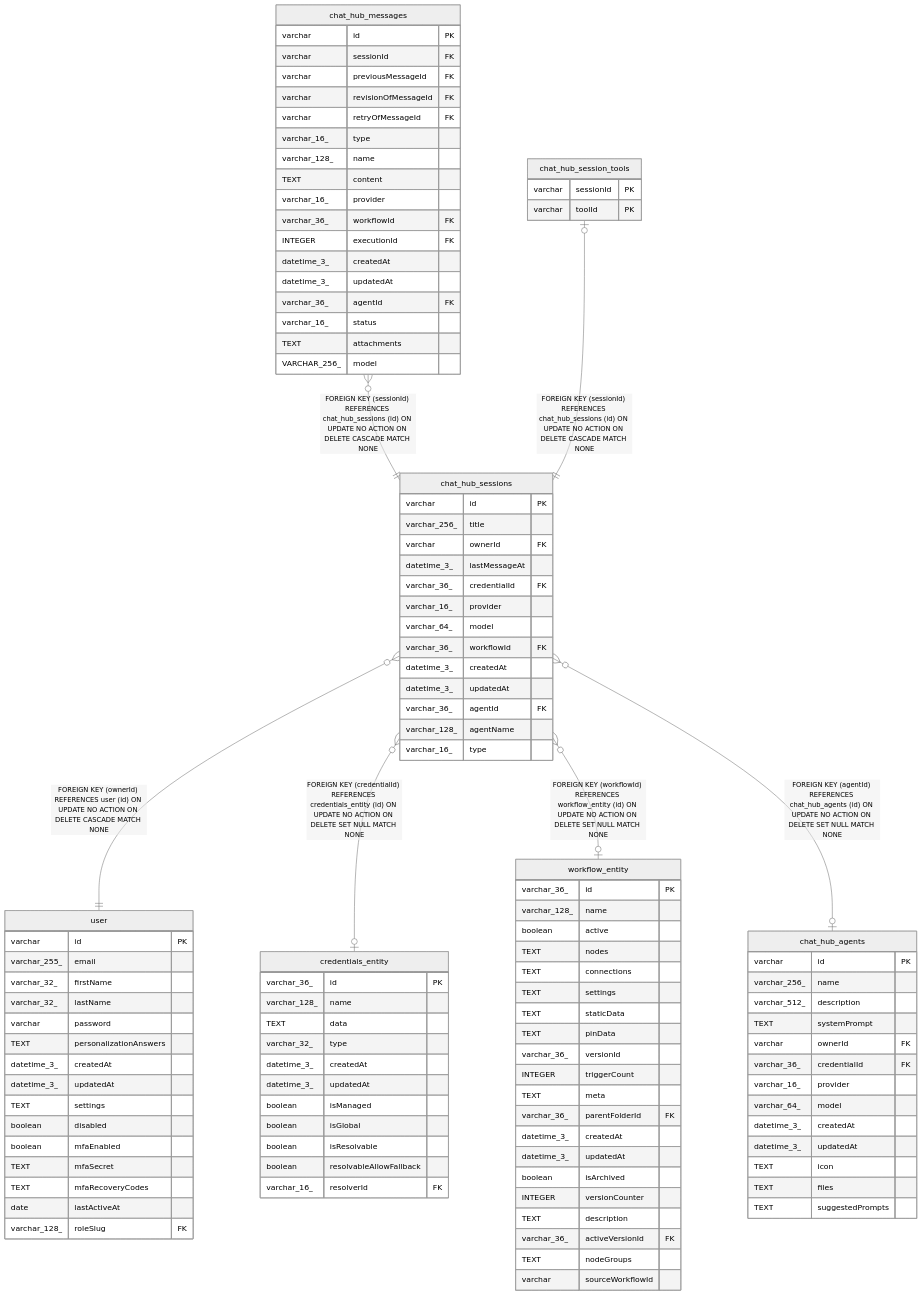
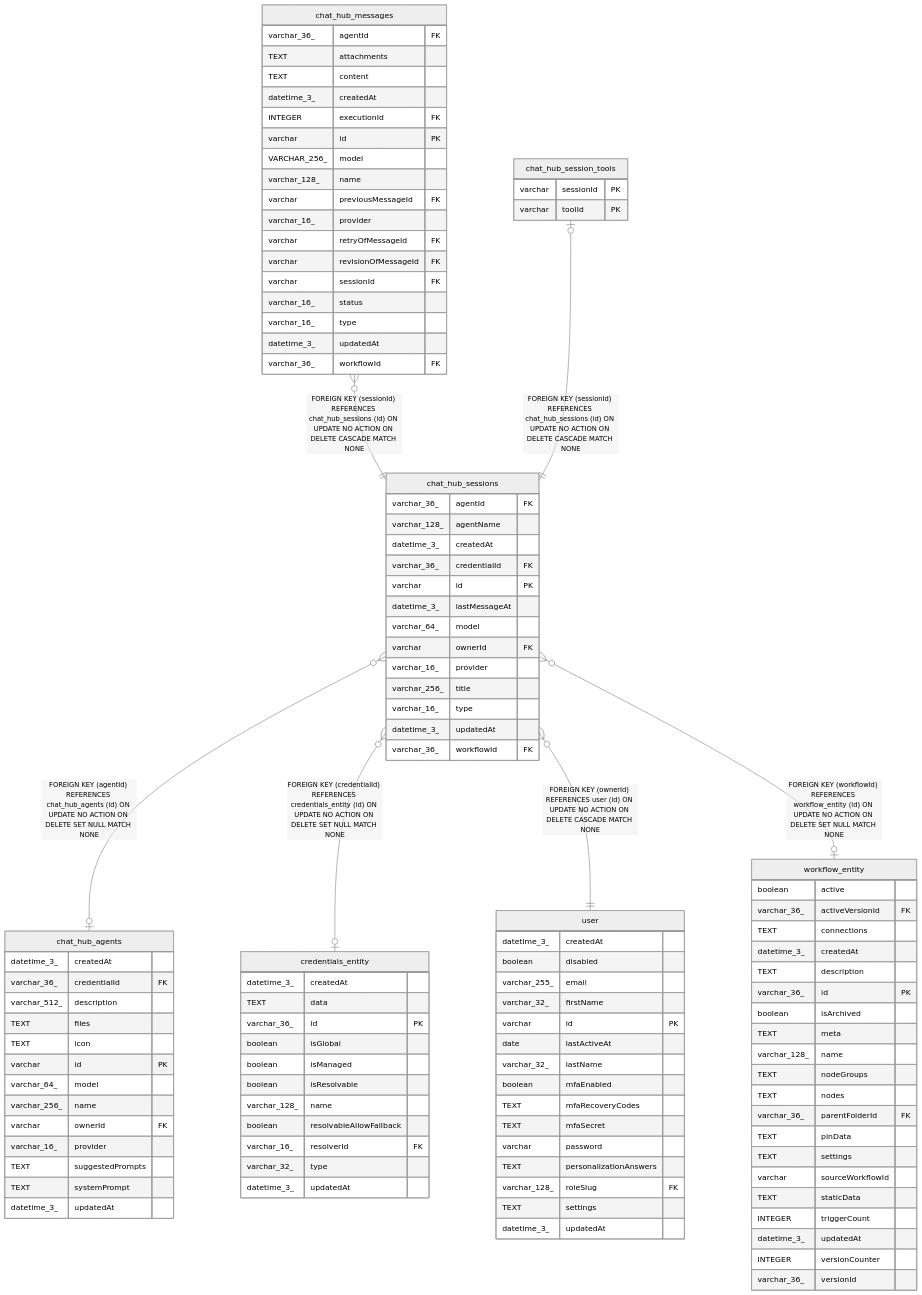
One commit to mayankjain1815-commits/n8n changed the diagram in docs/generated/sqlite-schema/chat_hub_sessions.md. Above: the diagram before and after it, drawn with Mermaid (neutral theme). The commit also changed other lines of this file and 221 other files, not shown here.

Commit message:
chore(core): Make DB schema docs generation deterministic (#32373)

````diff
--- a/docs/generated/sqlite-schema/chat_hub_sessions.md
+++ b/docs/generated/sqlite-schema/chat_hub_sessions.md
@@ -52,116 +52,116 @@
 ```mermaid
 erDiagram
 
+"chat_hub_sessions" }o--o| "chat_hub_agents" : "FOREIGN KEY (agentId) REFERENCES chat_hub_agents (id) ON UPDATE NO ACTION ON DELETE SET NULL MATCH NONE"
+"chat_hub_sessions" }o--o| "credentials_entity" : "FOREIGN KEY (credentialId) REFERENCES credentials_entity (id) ON UPDATE NO ACTION ON DELETE SET NULL MATCH NONE"
 "chat_hub_messages" }o--|| "chat_hub_sessions" : "FOREIGN KEY (sessionId) REFERENCES chat_hub_sessions (id) ON UPDATE NO ACTION ON DELETE CASCADE MATCH NONE"
 "chat_hub_session_tools" |o--|| "chat_hub_sessions" : "FOREIGN KEY (sessionId) REFERENCES chat_hub_sessions (id) ON UPDATE NO ACTION ON DELETE CASCADE MATCH NONE"
 "chat_hub_sessions" }o--|| "user" : "FOREIGN KEY (ownerId) REFERENCES user (id) ON UPDATE NO ACTION ON DELETE CASCADE MATCH NONE"
-"chat_hub_sessions" }o--o| "credentials_entity" : "FOREIGN KEY (credentialId) REFERENCES credentials_entity (id) ON UPDATE NO ACTION ON DELETE SET NULL MATCH NONE"
 "chat_hub_sessions" }o--o| "workflow_entity" : "FOREIGN KEY (workflowId) REFERENCES workflow_entity (id) ON UPDATE NO ACTION ON DELETE SET NULL MATCH NONE"
-"chat_hub_sessions" }o--o| "chat_hub_agents" : "FOREIGN KEY (agentId) REFERENCES chat_hub_agents (id) ON UPDATE NO ACTION ON DELETE SET NULL MATCH NONE"
 
 "chat_hub_sessions" {
-  varchar id PK
-  varchar_256_ title
-  varchar ownerId FK
-  datetime_3_ lastMessageAt
-  varchar_36_ credentialId FK
-  varchar_16_ provider
-  varchar_64_ model
-  varchar_36_ workflowId FK
-  datetime_3_ createdAt
-  datetime_3_ updatedAt
   varchar_36_ agentId FK
   varchar_128_ agentName
+  datetime_3_ createdAt
+  varchar_36_ credentialId FK
+  varchar id PK
+  datetime_3_ lastMessageAt
+  varchar_64_ model
+  varchar ownerId FK
+  varchar_16_ provider
+  varchar_256_ title
   varchar_16_ type
+  datetime_3_ updatedAt
+  varchar_36_ workflowId FK
+}
+"chat_hub_agents" {
+  datetime_3_ createdAt
+  varchar_36_ credentialId FK
+  varchar_512_ description
+  TEXT files
+  TEXT icon
+  varchar id PK
+  varchar_64_ model
+  varchar_256_ name
+  varchar ownerId FK
+  varchar_16_ provider
+  TEXT suggestedPrompts
+  TEXT systemPrompt
+  datetime_3_ updatedAt
+}
+"credentials_entity" {
+  datetime_3_ createdAt
+  TEXT data
+  varchar_36_ id PK
+  boolean isGlobal
+  boolean isManaged
+  boolean isResolvable
+  varchar_128_ name
+  boolean resolvableAllowFallback
+  varchar_16_ resolverId FK
+  varchar_32_ type
+  datetime_3_ updatedAt
 }
 "chat_hub_messages" {
+  varchar_36_ agentId FK
+  TEXT attachments
+  TEXT content
+  datetime_3_ createdAt
+  INTEGER executionId FK
   varchar id PK
+  VARCHAR_256_ model
+  varchar_128_ name
+  varchar previousMessageId FK
+  varchar_16_ provider
+  varchar retryOfMessageId FK
+  varchar revisionOfMessageId FK
   varchar sessionId FK
-  varchar previousMessageId FK
-  varchar revisionOfMessageId FK
-  varchar retryOfMessageId FK
+  varchar_16_ status
   varchar_16_ type
-  varchar_128_ name
-  TEXT content
-  varchar_16_ provider
+  datetime_3_ updatedAt
   varchar_36_ workflowId FK
-  INTEGER executionId FK
-  datetime_3_ createdAt
-  datetime_3_ updatedAt
-  varchar_36_ agentId FK
-  varchar_16_ status
-  TEXT attachments
-  VARCHAR_256_ model
 }
 "chat_hub_session_tools" {
   varchar sessionId PK
   varchar toolId PK
 }
 "user" {
-  varchar id PK
+  datetime_3_ createdAt
+  boolean disabled
   varchar_255_ email
   varchar_32_ firstName
+  varchar id PK
+  date lastActiveAt
   varchar_32_ lastName
+  boolean mfaEnabled
+  TEXT mfaRecoveryCodes
+  TEXT mfaSecret
   varchar password
   TEXT personalizationAnswers
-  datetime_3_ createdAt
+  varchar_128_ roleSlug FK
+  TEXT settings
   datetime_3_ updatedAt
-  TEXT settings
-  boolean disabled
-  boolean mfaEnabled
-  TEXT mfaSecret
-  TEXT mfaRecoveryCodes
-  date lastActiveAt
-  varchar_128_ roleSlug FK
-}
-"credentials_entity" {
-  varchar_36_ id PK
-  varchar_128_ name
-  TEXT data
-  varchar_32_ type
-  datetime_3_ createdAt
-  datetime_3_ updatedAt
-  boolean isManaged
-  boolean isGlobal
-  boolean isResolvable
-  boolean resolvableAllowFallback
-  varchar_16_ resolverId FK
 }
 "workflow_entity" {
+  boolean active
+  varchar_36_ activeVersionId FK
+  TEXT connections
+  datetime_3_ createdAt
+  TEXT description
   varchar_36_ id PK
+  boolean isArchived
+  TEXT meta
   varchar_128_ name
-  boolean active
+  TEXT nodeGroups
   TEXT nodes
-  TEXT connections
+  varchar_36_ parentFolderId FK
+  TEXT pinData
   TEXT settings
+  varchar sourceWorkflowId
   TEXT staticData
-  TEXT pinData
+  INTEGER triggerCount
+  datetime_3_ updatedAt
+  INTEGER versionCounter
   varchar_36_ versionId
-  INTEGER triggerCount
-  TEXT meta
-  varchar_36_ parentFolderId FK
-  datetime_3_ createdAt
-  datetime_3_ updatedAt
-  boolean isArchived
-  INTEGER versionCounter
-  TEXT description
-  varchar_36_ activeVersionId FK
-  TEXT nodeGroups
-  varchar sourceWorkflowId
-}
-"chat_hub_agents" {
-  varchar id PK
-  varchar_256_ name
-  varchar_512_ description
-  TEXT systemPrompt
-  varchar ownerId FK
-  varchar_36_ credentialId FK
-  varchar_16_ provider
-  varchar_64_ model
-  datetime_3_ createdAt
-  datetime_3_ updatedAt
-  TEXT icon
-  TEXT files
-  TEXT suggestedPrompts
 }
 ```
````
